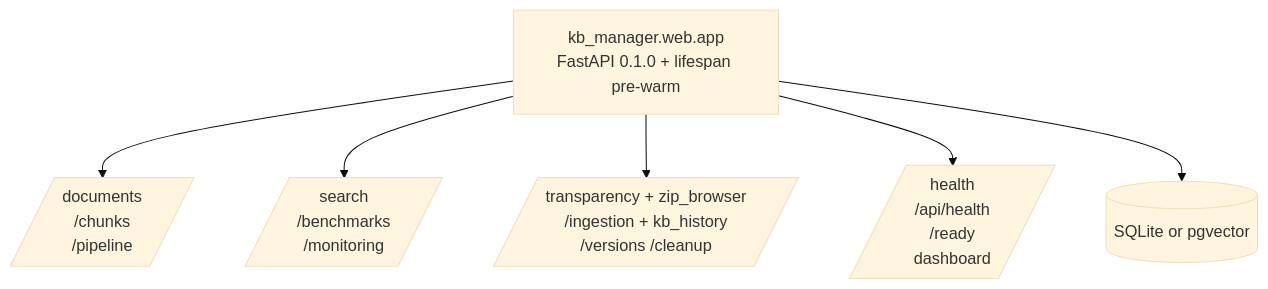
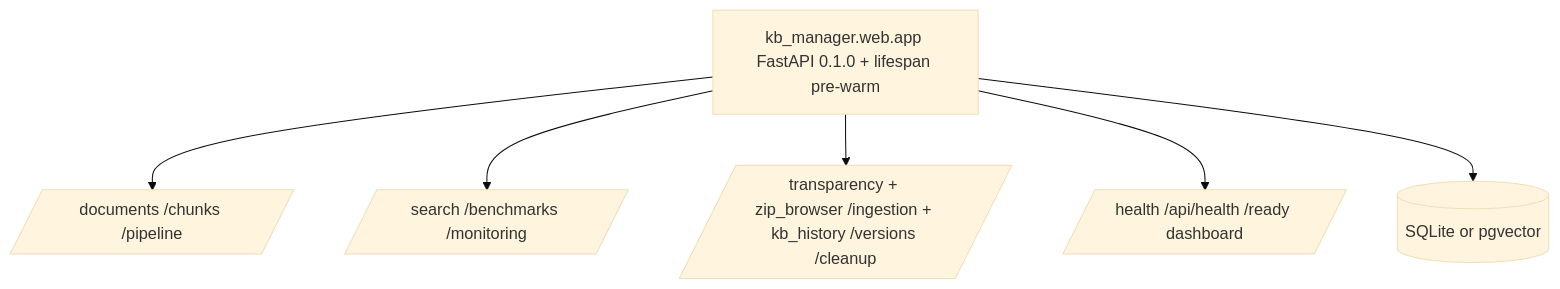
Before and after one commit to AliNikkhah2001/Work_RAG-KB: the tenth of 12 diagrams in kb-manager/README.md, drawn with Mermaid (base theme). The commit also changed other lines of this file, not shown here.

Commit message:
docs(kb-manager): remove <br/> tags from mermaid diagrams for compilation

````diff
--- a/kb-manager/README.md
+++ b/kb-manager/README.md
@@ -337,8 +337,8 @@
 ```mermaid
 graph TD
-    APP[kb_manager.web.app<br/>FastAPI 0.1.0 + lifespan pre-warm] --> R1[/documents<br/>/chunks<br/>/pipeline/]
-    APP --> R2[/search<br/>/benchmarks<br/>/monitoring/]
-    APP --> R3[/transparency + zip_browser<br/>/ingestion + kb_history<br/>/versions /cleanup/]
-    APP --> H[/health<br/>/api/health<br/>/ready<br/>dashboard /]
+    APP[kb_manager.web.app FastAPI 0.1.0 + lifespan pre-warm] --> R1[/documents /chunks /pipeline/]
+    APP --> R2[/search /benchmarks /monitoring/]
+    APP --> R3[/transparency + zip_browser /ingestion + kb_history /versions /cleanup/]
+    APP --> H[/health /api/health /ready dashboard /]
     APP --> DB[(SQLite or pgvector)]
 ```
````
